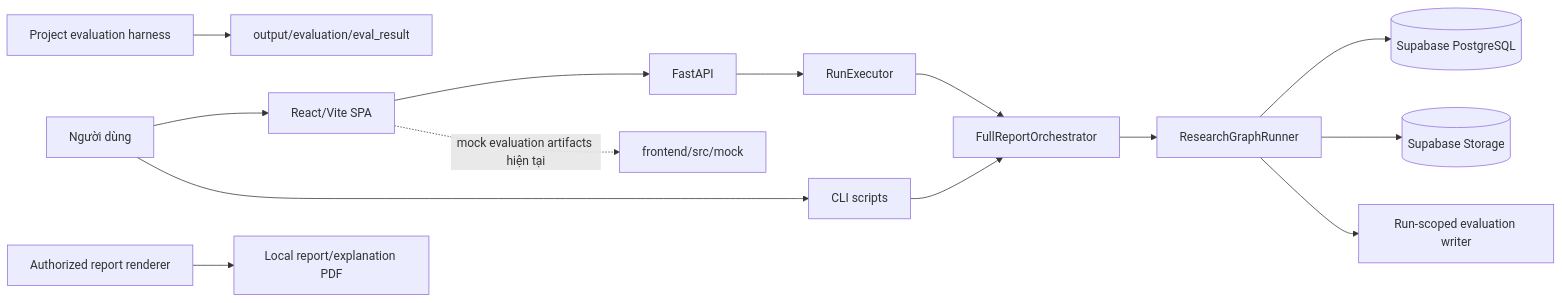
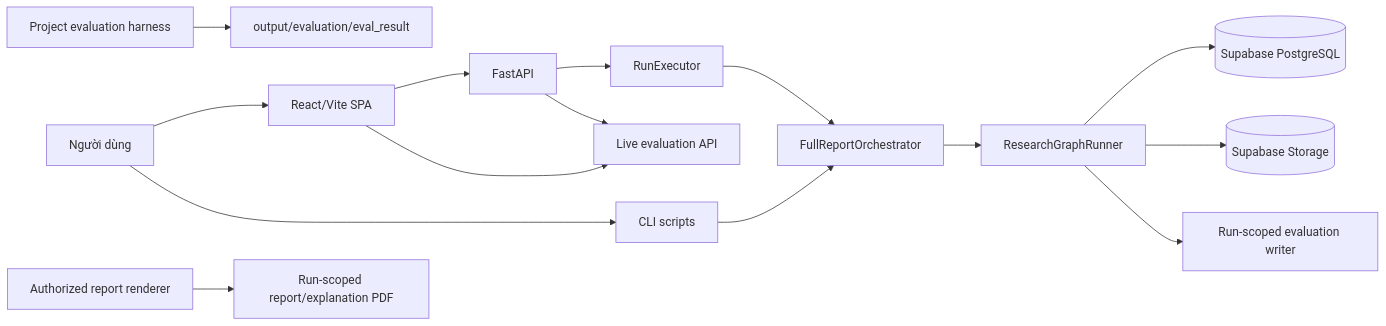
One commit to haubelerche/equity-research-system changed the first of 2 diagrams in docs/CURRENT_STATE_AND_UPDATES.md. Above: the diagram before and after it, drawn with Mermaid. The commit also changed other lines of this file and 122 other files, not shown here.

````diff
--- a/docs/CURRENT_STATE_AND_UPDATES.md
+++ b/docs/CURRENT_STATE_AND_UPDATES.md
@@ -17,16 +17,17 @@
 ```mermaid
 flowchart LR
     U[Người dùng] --> FE[React/Vite SPA]
     U --> CLI[CLI scripts]
     FE --> API[FastAPI]
     CLI --> O[FullReportOrchestrator]
     API --> EX[RunExecutor]
     EX --> O
     O --> R[ResearchGraphRunner]
     R --> DB[(Supabase PostgreSQL)]
     R --> ST[(Supabase Storage)]
     R --> EV[Run-scoped evaluation writer]
     PE[Project evaluation harness] --> EO[output/evaluation/eval_result]
-    FE -. mock evaluation artifacts hiện tại .-> MOCK[frontend/src/mock]
-    RR[Authorized report renderer] --> OUT[Local report/explanation PDF]
+    API --> EVAL[Live evaluation API]
+    FE --> EVAL
+    RR[Authorized report renderer] --> OUT[Run-scoped report/explanation PDF]
 ```
````
